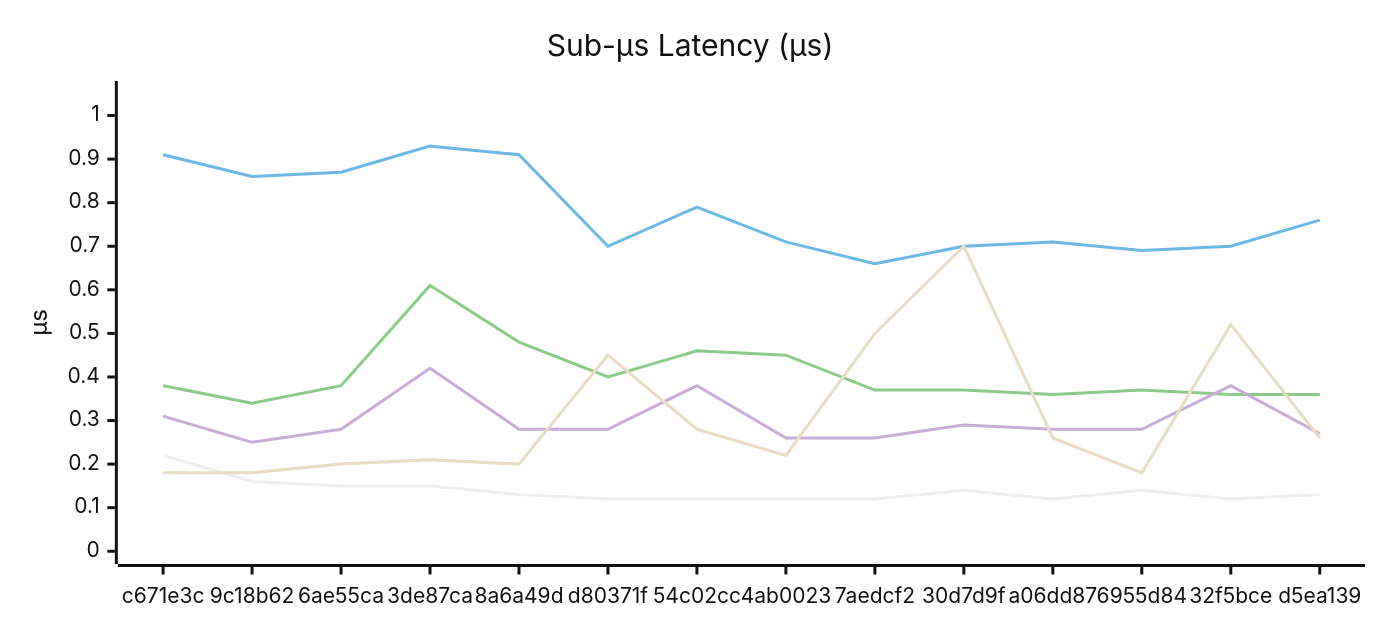
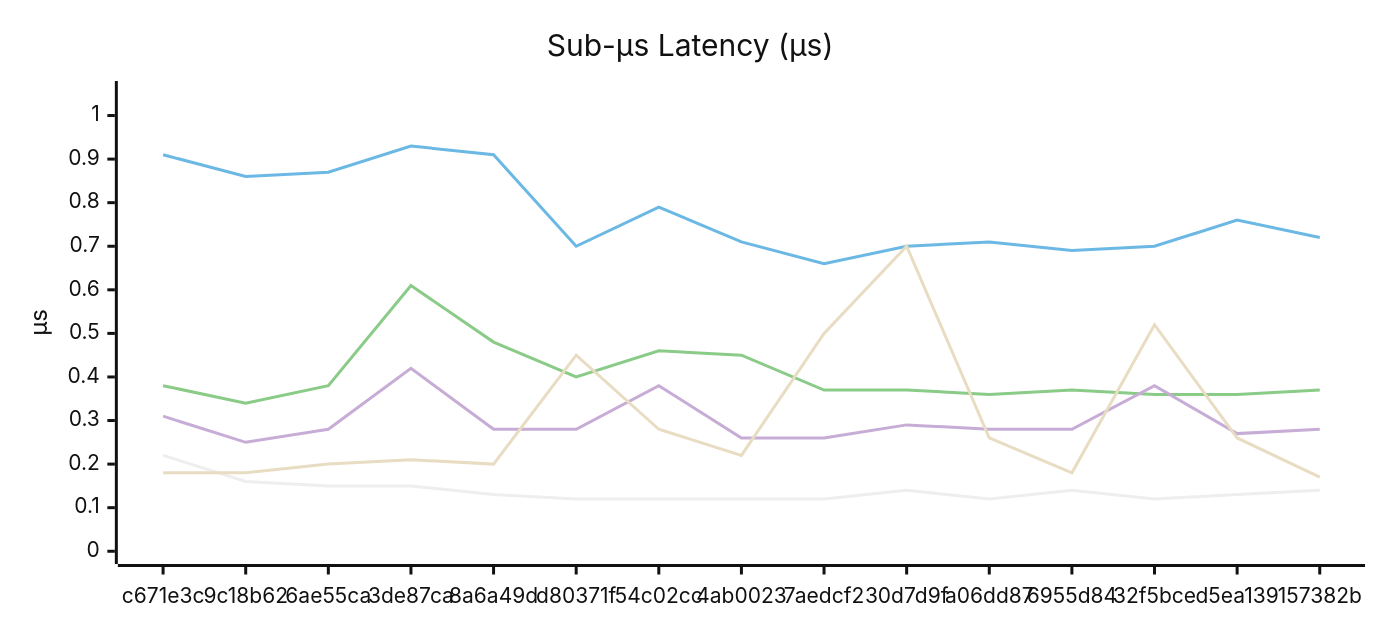
Before and after one commit to Ikolvi/titan: the second of 6 diagrams in docs/BENCHMARKS.md, drawn with Mermaid (neutral theme). The commit also changed other lines of this file, not shown here.

````diff
--- a/docs/BENCHMARKS.md
+++ b/docs/BENCHMARKS.md
@@ -88,18 +91,18 @@
 ```mermaid
 ---
 config:
     xyChart:
         width: 900
         height: 400
         plotColorPalette: "#4e79a7, #f28e2c, #e15759, #76b7b2, #59a14f, #edc949"
 ---
 xychart-beta
     title "Sub-µs Latency (µs)"
-    x-axis ["c671e3c", "9c18b62", "6ae55ca", "3de87ca", "8a6a49d", "d80371f", "54c02cc", "4ab0023", "7aedcf2", "30d7d9f", "a06dd87", "6955d84", "32f5bce", "d5ea139"]
+    x-axis ["c671e3c", "9c18b62", "6ae55ca", "3de87ca", "8a6a49d", "d80371f", "54c02cc", "4ab0023", "7aedcf2", "30d7d9f", "a06dd87", "6955d84", "32f5bce", "d5ea139", "157382b"]
     y-axis "µs" 0.00 --> 1.05
-    line [0.22, 0.16, 0.15, 0.15, 0.13, 0.12, 0.12, 0.12, 0.12, 0.14, 0.12, 0.14, 0.12, 0.13]
-    line [0.91, 0.86, 0.87, 0.93, 0.91, 0.70, 0.79, 0.71, 0.66, 0.70, 0.71, 0.69, 0.70, 0.76]
-    line [0.38, 0.34, 0.38, 0.61, 0.48, 0.40, 0.46, 0.45, 0.37, 0.37, 0.36, 0.37, 0.36, 0.36]
-    line [0.31, 0.25, 0.28, 0.42, 0.28, 0.28, 0.38, 0.26, 0.26, 0.29, 0.28, 0.28, 0.38, 0.27]
-    line [0.18, 0.18, 0.20, 0.21, 0.20, 0.45, 0.28, 0.22, 0.50, 0.70, 0.26, 0.18, 0.52, 0.26]
+    line [0.22, 0.16, 0.15, 0.15, 0.13, 0.12, 0.12, 0.12, 0.12, 0.14, 0.12, 0.14, 0.12, 0.13, 0.14]
+    line [0.91, 0.86, 0.87, 0.93, 0.91, 0.70, 0.79, 0.71, 0.66, 0.70, 0.71, 0.69, 0.70, 0.76, 0.72]
+    line [0.38, 0.34, 0.38, 0.61, 0.48, 0.40, 0.46, 0.45, 0.37, 0.37, 0.36, 0.37, 0.36, 0.36, 0.37]
+    line [0.31, 0.25, 0.28, 0.42, 0.28, 0.28, 0.38, 0.26, 0.26, 0.29, 0.28, 0.28, 0.38, 0.27, 0.28]
+    line [0.18, 0.18, 0.20, 0.21, 0.20, 0.45, 0.28, 0.22, 0.50, 0.70, 0.26, 0.18, 0.52, 0.26, 0.17]
 ```
````
